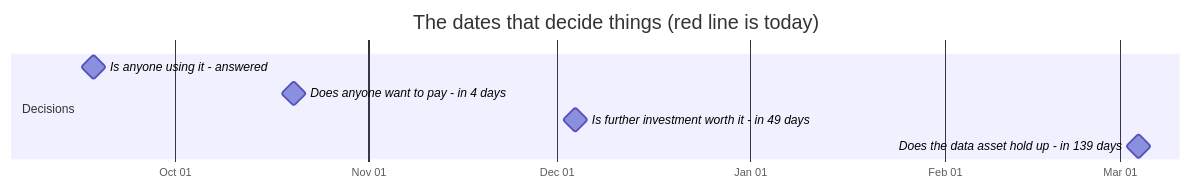
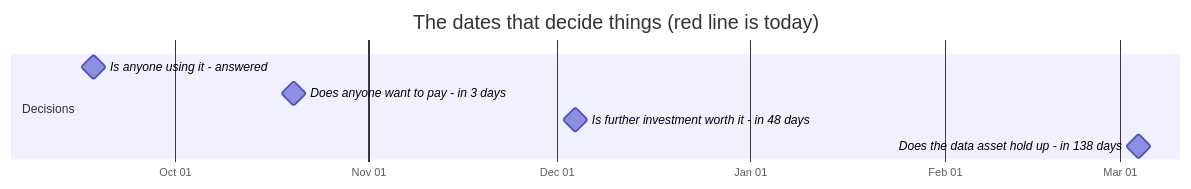
The first of 2 diagrams in docs/OWNER.md (jakegu1/vetagent), drawn with Mermaid before and after one commit. The commit also changed other lines of this file and 1 other file, not shown here.

````diff
--- a/docs/OWNER.md
+++ b/docs/OWNER.md
@@ -76,12 +76,12 @@
 ```mermaid
 gantt
     dateFormat YYYY-MM-DD
     axisFormat %b %d
     todayMarker stroke-width:3px,stroke:#d33,stroke-dasharray:0
     title The dates that decide things (red line is today)
     section Decisions
     Is anyone using it - answered :milestone, 2026-09-18, 0d
-    Does anyone want to pay - in 4 days :milestone, 2026-10-20, 0d
-    Is further investment worth it - in 49 days :milestone, 2026-12-04, 0d
-    Does the data asset hold up - in 139 days :milestone, 2027-03-04, 0d
+    Does anyone want to pay - in 3 days :milestone, 2026-10-20, 0d
+    Is further investment worth it - in 48 days :milestone, 2026-12-04, 0d
+    Does the data asset hold up - in 138 days :milestone, 2027-03-04, 0d
 ```
````
